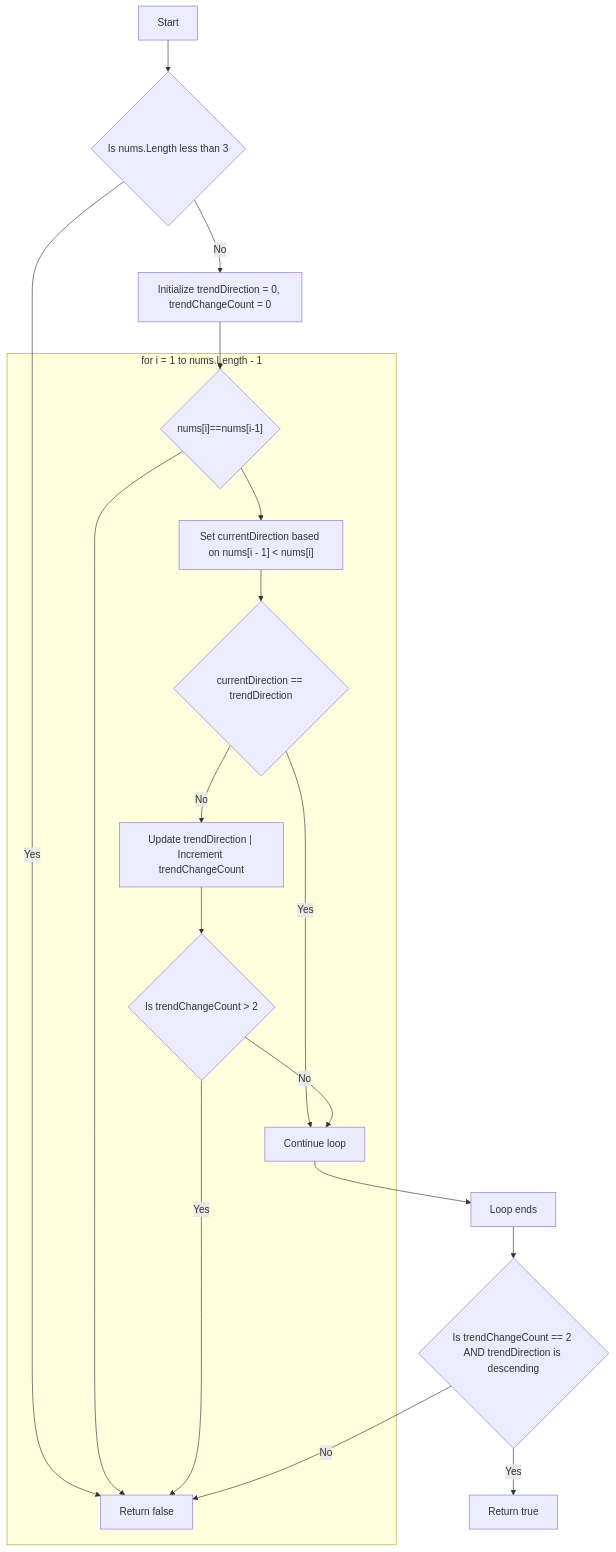
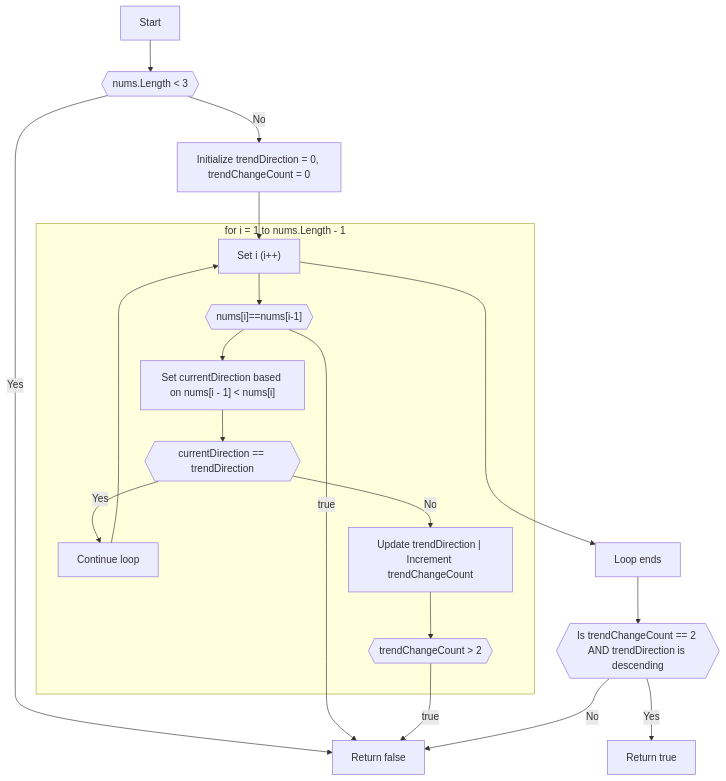
The diagram in Leetcode/Documentation/flowcharts/ValidMountainArray/OnSinglePassStateSolution.md (abhimanyu-builds/Leetcode), drawn with Mermaid before and after one commit. The commit also changed 3 other files, not shown here.

````diff
--- a/Leetcode/Documentation/flowcharts/ValidMountainArray/OnSinglePassStateSolution.md
+++ b/Leetcode/Documentation/flowcharts/ValidMountainArray/OnSinglePassStateSolution.md
@@ -1,23 +1,23 @@
 ```mermaid
 flowchart TD
-    A[Start] --> B{"Is nums.Length less than 3"}
+    A[Start] --> B{{"nums.Length < 3"}}
     B -- Yes --> Z[Return false]
     B -- No --> C[Initialize trendDirection = 0, trendChangeCount = 0]
-    C --> D
+    C --> D0
 
     subgraph Loop ["for i = 1 to nums.Length - 1"]
-        D{"nums[i]==nums[i-1]"} --> Z
-        D --> E["Set currentDirection based on nums[i - 1] < nums[i]"]
-        E --> H{"currentDirection == trendDirection"}
+        D0["Set i (i++)"]-->D{{"nums[i]==nums[i-1]"}} --> E["Set currentDirection based on nums[i - 1] < nums[i]"]
+        E --> H{{"currentDirection == trendDirection"}}
         H -- Yes --> I[Continue loop]
+        I--> D0
         H -- No --> J["Update trendDirection | Increment trendChangeCount"]
-        J --> K{"Is trendChangeCount > 2"}
-        K -- Yes --> Z
-        K -- No --> I
+        J --> K{{"trendChangeCount > 2"}}
     end
+        D -->|true| Z
+        K -->|true| Z
 
-    I --> L[Loop ends]
-    L --> M{"Is trendChangeCount == 2 AND trendDirection is descending"}
+    D0 --> L[Loop ends]
+    L --> M{{"Is trendChangeCount == 2 AND trendDirection is descending"}}
     M -- Yes --> Y[Return true]
     M -- No --> Z
 ```
````
